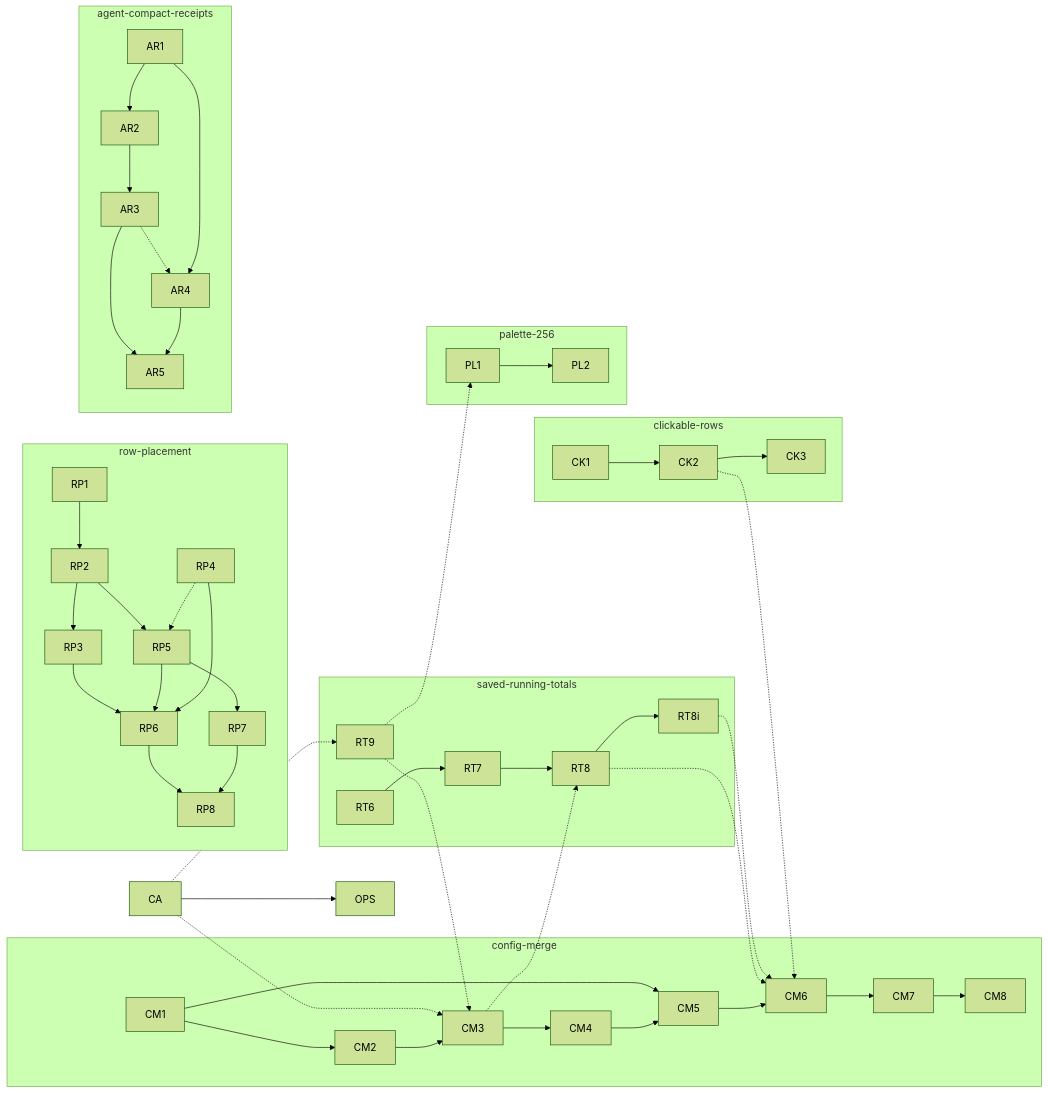
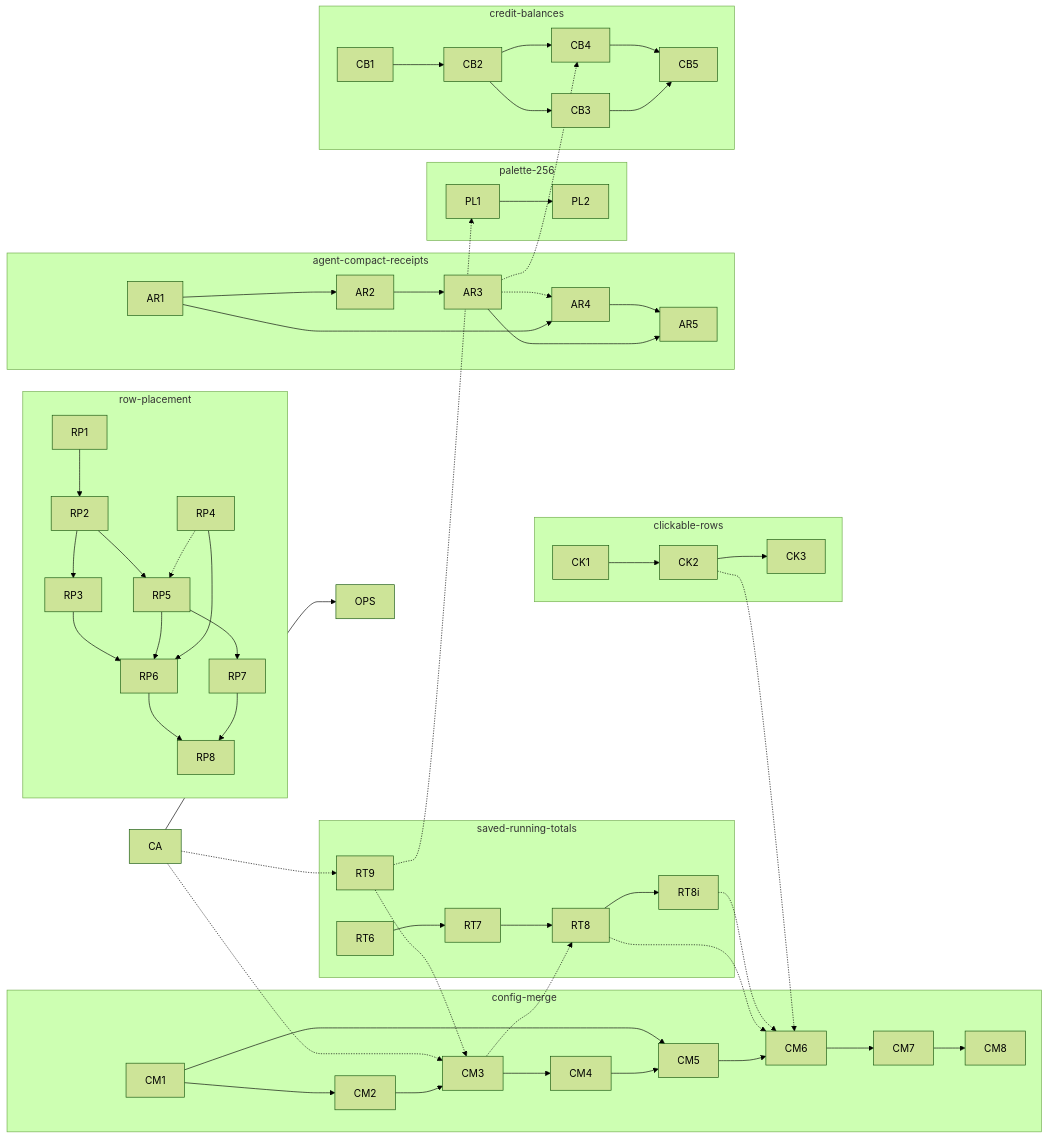
The diagram in agents/plans/_schedule.md (nhooey/claude-code-usage-statusline), drawn with Mermaid (forest theme) before and after one commit. The commit also changed other lines of this file and 4 other files, not shown here.

````diff
--- a/agents/plans/_schedule.md
+++ b/agents/plans/_schedule.md
@@ -81,40 +88,45 @@
 ```mermaid
 flowchart LR
   subgraph config-merge
     CM1 --> CM2 --> CM3 --> CM4 --> CM5 --> CM6 --> CM7 --> CM8
     CM1 --> CM5
   end
   subgraph saved-running-totals
     RT6 --> RT7 --> RT8 --> RT8i
     RT9
   end
   CA -.-> CM3
   CA -.-> RT9
   RT9 -.-> CM3
   CM3 -.-> RT8
   RT8 -.-> CM6
   RT8i -.-> CM6
   CA --> OPS
   subgraph clickable-rows
     CK1 --> CK2 --> CK3
   end
   subgraph palette-256
     PL1 --> PL2
   end
   CK2 -.-> CM6
   RT9 -.-> PL1
   subgraph row-placement
     RP1 --> RP2 --> RP3 --> RP6
     RP2 --> RP5 --> RP6
     RP4 --> RP6
     RP5 --> RP7
     RP6 --> RP8
     RP7 --> RP8
   end
   subgraph agent-compact-receipts
     AR1 --> AR2 --> AR3 --> AR5
     AR1 --> AR4 --> AR5
   end
+  subgraph credit-balances
+    CB1 --> CB2 --> CB3 --> CB5
+    CB2 --> CB4 --> CB5
+  end
   AR3 -.-> AR4
+  AR3 -.-> CB4
   RP4 -.-> RP5
 ```
````
